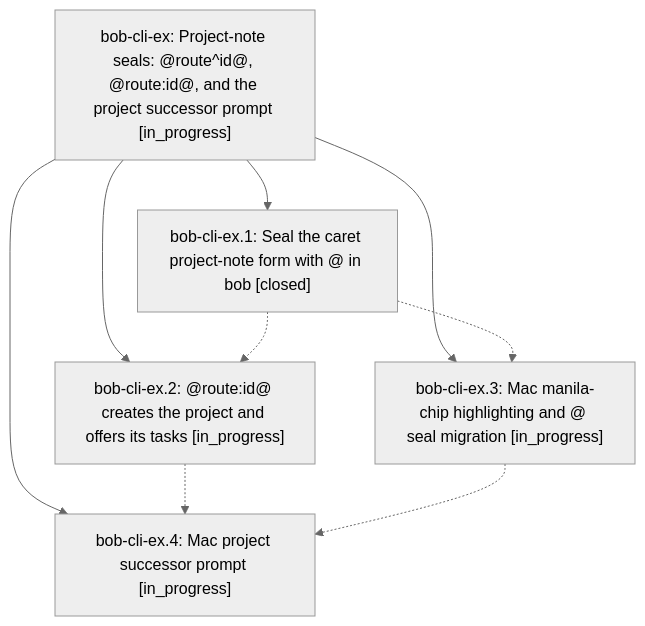
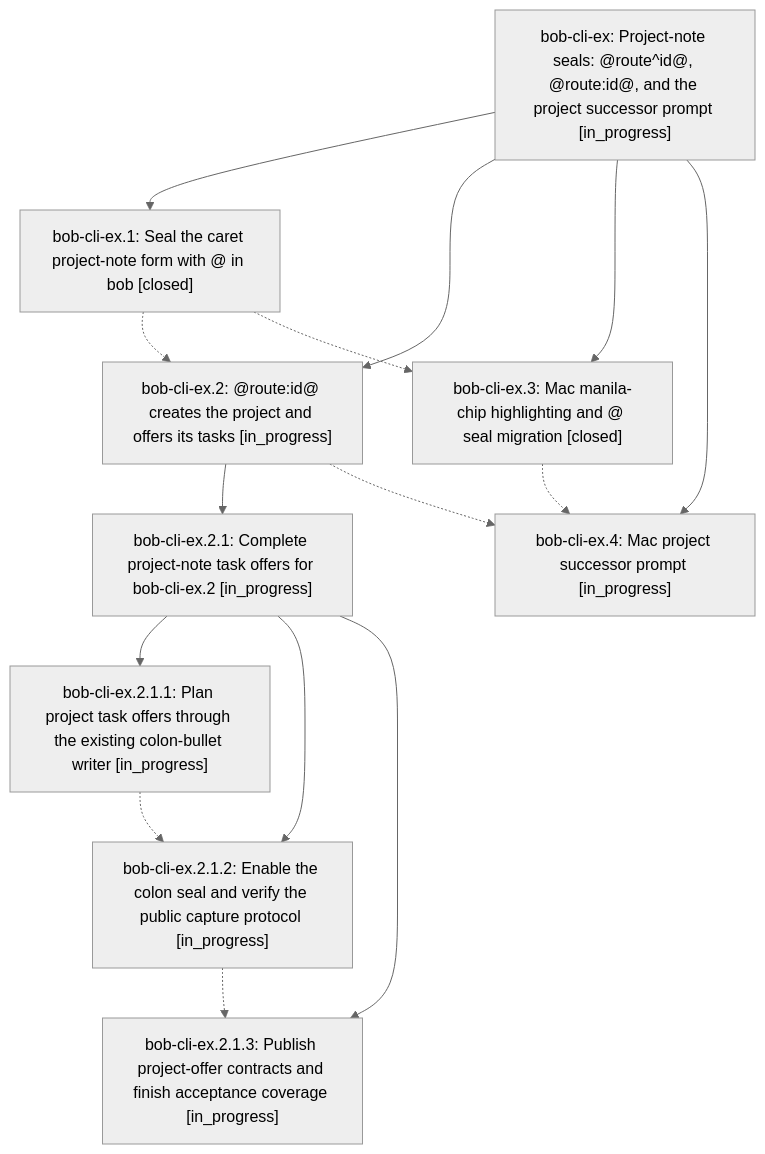
The diagram in pages/bob-cli-ex/README.md (bobs-org/bob-cli--beads), drawn with Mermaid (neutral theme) before and after one commit. The commit also changed other lines of this file and 8 other files, not shown here.

First line of the commit message:
chore(beads): sync bead state and pages for bob-cli-ex

````diff
--- a/pages/bob-cli-ex/README.md
+++ b/pages/bob-cli-ex/README.md
@@ -37,16 +37,26 @@
 ```mermaid
 flowchart TD
     n0["bob-cli-ex: Project-note seals: @route^id@, @route:id@, and the project successor prompt [in_progress]"]
     n1["bob-cli-ex.1: Seal the caret project-note form with @ in bob [closed]"]
     n2["bob-cli-ex.2: @route:id@ creates the project and offers its tasks [in_progress]"]
-    n3["bob-cli-ex.3: Mac manila-chip highlighting and @ seal migration [in_progress]"]
-    n4["bob-cli-ex.4: Mac project successor prompt [in_progress]"]
+    n3["bob-cli-ex.2.1: Complete project-note task offers for bob-cli-ex.2 [in_progress]"]
+    n4["bob-cli-ex.2.1.1: Plan project task offers through the existing colon-bullet writer [in_progress]"]
+    n5["bob-cli-ex.2.1.2: Enable the colon seal and verify the public capture protocol [in_progress]"]
+    n6["bob-cli-ex.2.1.3: Publish project-offer contracts and finish acceptance coverage [in_progress]"]
+    n7["bob-cli-ex.3: Mac manila-chip highlighting and @ seal migration [closed]"]
+    n8["bob-cli-ex.4: Mac project successor prompt [in_progress]"]
     n0 --> n1
     n0 --> n2
-    n0 --> n3
-    n0 --> n4
+    n2 --> n3
+    n3 --> n4
+    n3 --> n5
+    n3 --> n6
+    n0 --> n7
+    n0 --> n8
     n1 -.-> n2
-    n1 -.-> n3
-    n2 -.-> n4
-    n3 -.-> n4
+    n1 -.-> n7
+    n2 -.-> n8
+    n4 -.-> n5
+    n5 -.-> n6
+    n7 -.-> n8
 ```
````
